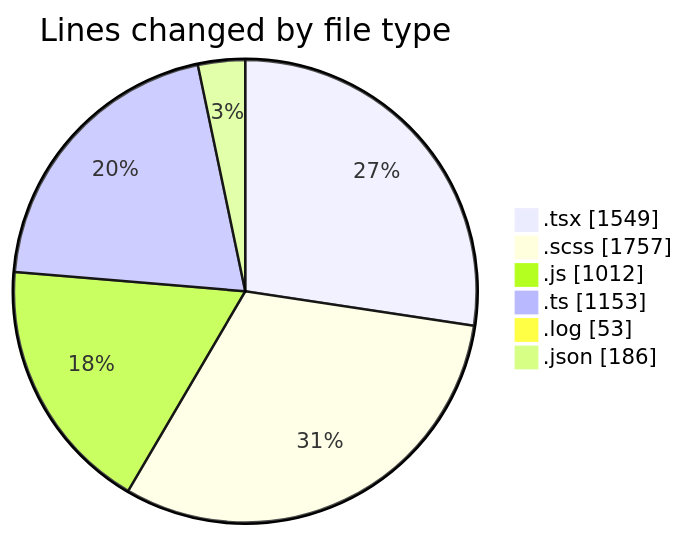
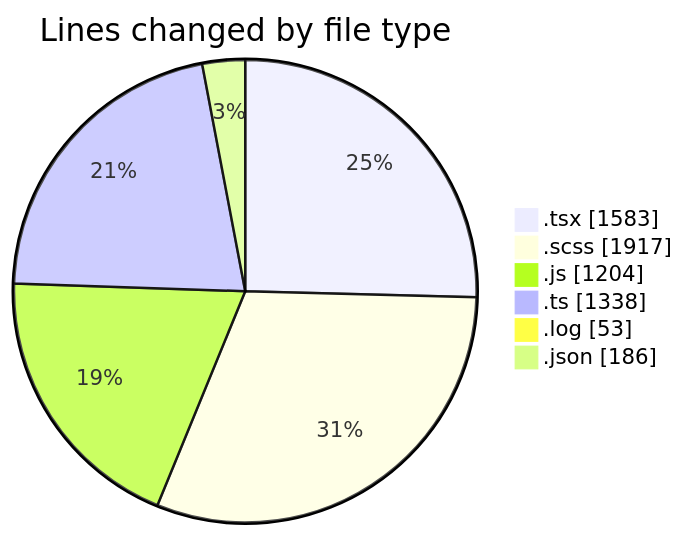
One commit to momahboobian/code-tracking changed the first of 2 diagrams in 2026-03-25/cda/README.md. Above: the diagram before and after it, drawn with Mermaid. The commit also changed other lines of this file and 1 other file, not shown here.

````diff
--- a/2026-03-25/cda/README.md
+++ b/2026-03-25/cda/README.md
@@ -28,10 +28,10 @@
 ```mermaid
 pie showData
 title Lines changed by file type
-".tsx" : 1549
-".scss" : 1757
-".js" : 1012
-".ts" : 1153
+".tsx" : 1583
+".scss" : 1917
+".js" : 1204
+".ts" : 1338
 ".log" : 53
 ".json" : 186
 ```
````
